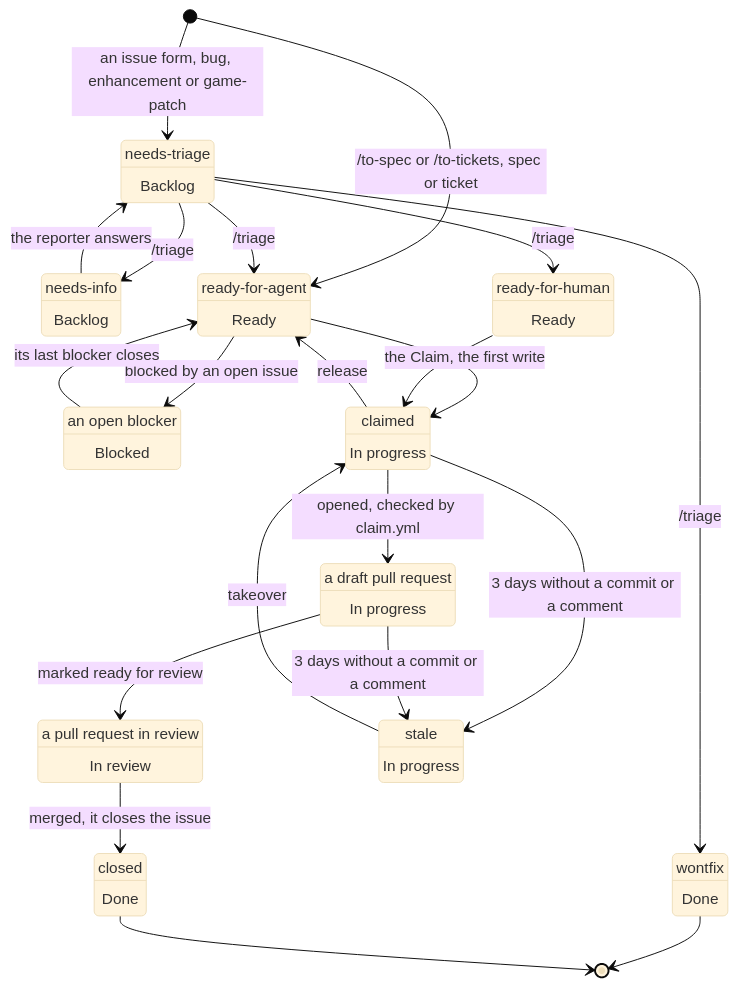
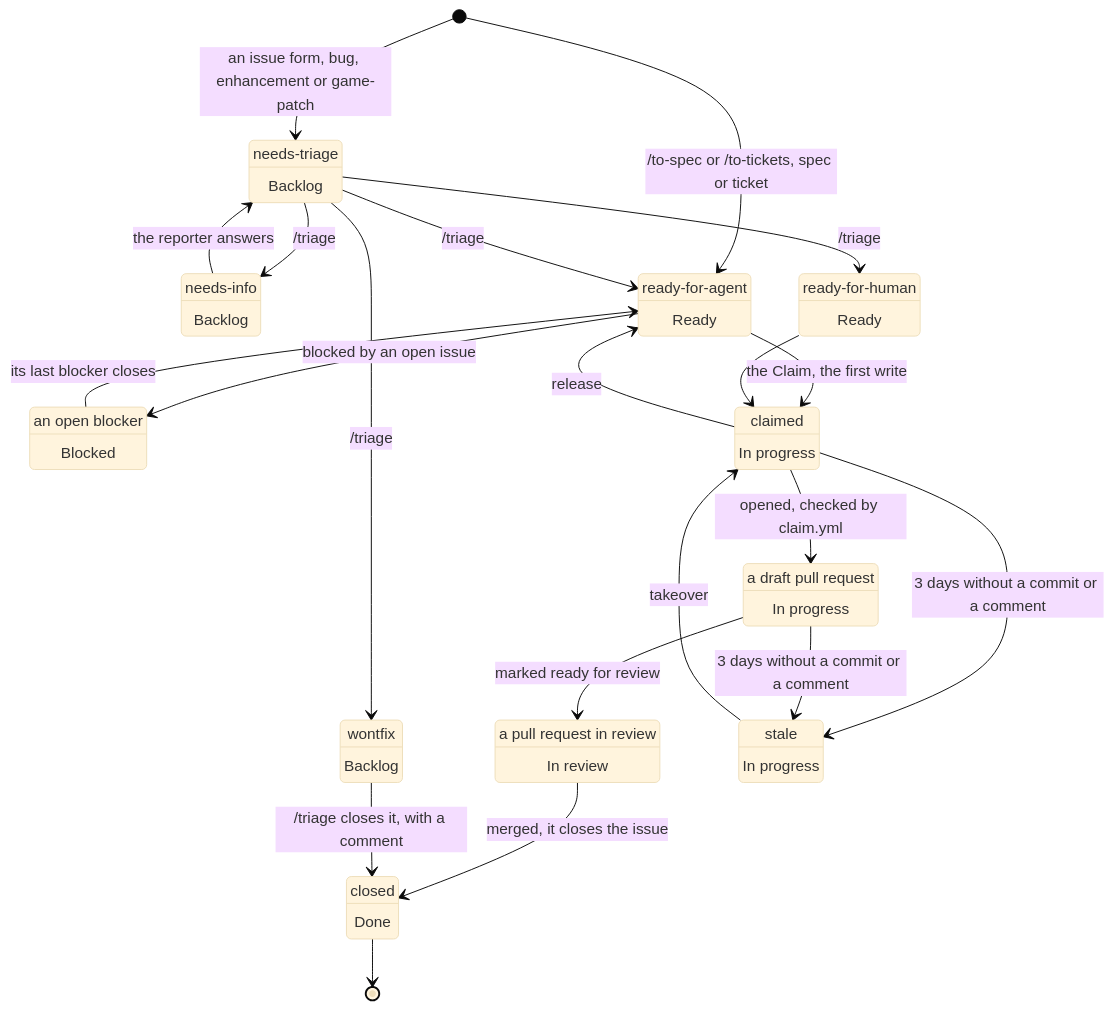
One commit to phmilk/reforged-ts changed the diagram in docs/agents/issue-tracker.md. Above: the diagram before and after it, drawn with Mermaid (base theme). The commit also changed other lines of this file, not shown here.

Commit message:
docs(agents): an open wontfix issue is Backlog until triage closes it (#670)
Review round 1, P2: the Claim board gives Done to a closed issue only
(release/src/board.ts, statusOf), so the issue-life diagram annotates
wontfix as Backlog and draws its close by /triage, with a comment, to
closed (Done). The other Statuses were checked against statusOf and
stand.

Claude-Session: https://claude.ai/code/session_01KPqwG1h29rJpnrusnA7n45

````diff
--- a/docs/agents/issue-tracker.md
+++ b/docs/agents/issue-tracker.md
@@ -29,47 +29,47 @@
 ```mermaid
 stateDiagram-v2
   %% diagram: issue-life
   state "needs-triage" as needs_triage
   state "needs-info" as needs_info
   state "ready-for-agent" as ready_for_agent
   state "ready-for-human" as ready_for_human
   state "an open blocker" as blocked
   state "wontfix" as wontfix
   state "claimed" as claimed
   state "a draft pull request" as draft
   state "a pull request in review" as review
   state "stale" as stale
   state "closed" as closed
   needs_triage : Backlog
   needs_info : Backlog
   ready_for_agent : Ready
   ready_for_human : Ready
   blocked : Blocked
-  wontfix : Done
+  wontfix : Backlog
   claimed : In progress
   draft : In progress
   stale : In progress
   review : In review
   closed : Done
 
   [*] --> needs_triage : an issue form, bug, enhancement or game-patch
   [*] --> ready_for_agent : /to-spec or /to-tickets, spec or ticket
   needs_triage --> needs_info : /triage
   needs_info --> needs_triage : the reporter answers
   needs_triage --> ready_for_agent : /triage
   needs_triage --> ready_for_human : /triage
   needs_triage --> wontfix : /triage
   ready_for_agent --> blocked : blocked by an open issue
   blocked --> ready_for_agent : its last blocker closes
   ready_for_agent --> claimed : the Claim, the first write
   ready_for_human --> claimed
   claimed --> ready_for_agent : release
   claimed --> draft : opened, checked by claim.yml
   draft --> review : marked ready for review
   review --> closed : merged, it closes the issue
   claimed --> stale : 3 days without a commit or a comment
   draft --> stale : 3 days without a commit or a comment
   stale --> claimed : takeover
-  wontfix --> [*]
+  wontfix --> closed : /triage closes it, with a comment
   closed --> [*]
 ```
````
